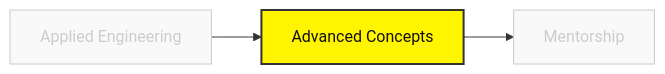
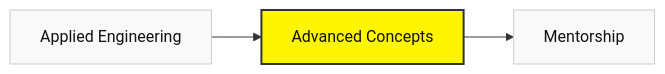
Before and after one commit to humblebeeai/int.academy-curriculum: the diagram in docs/school/04-advanced-concepts.mdx, drawn with Mermaid. The commit also changed 14 other files, not shown here.

````diff
--- a/docs/school/04-advanced-concepts.mdx
+++ b/docs/school/04-advanced-concepts.mdx
@@ -9,9 +9,9 @@
 ```mermaid
 graph LR
     A[Applied Engineering] --> B[Advanced Concepts]
     B --> C[Mentorship]
     
-    style A fill:#f9f9f9,color:#ccc,stroke:#ccc
+    style A fill:#f9f9f9,color:#111,stroke:#ccc
     style B fill:#FFF500,color:#111,stroke:#333,stroke-width:2px
-    style C fill:#f9f9f9,color:#ccc,stroke:#ccc
+    style C fill:#f9f9f9,color:#111,stroke:#ccc
 ```
````
